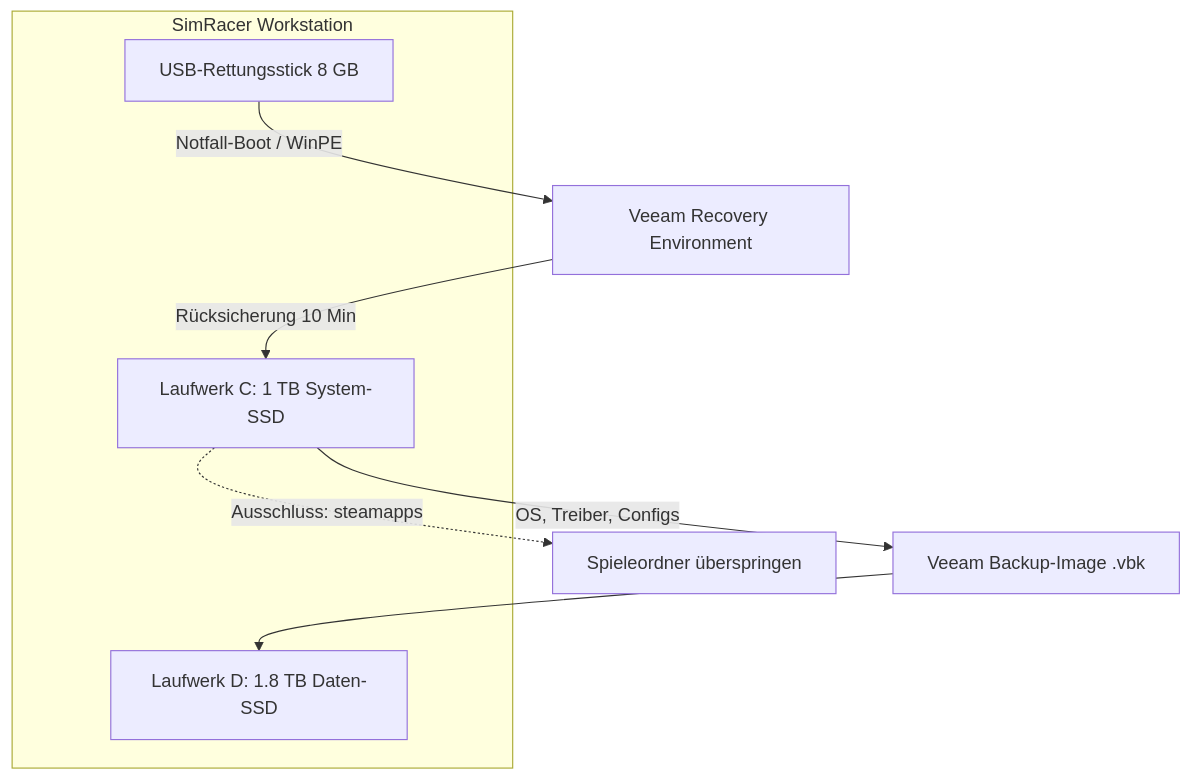
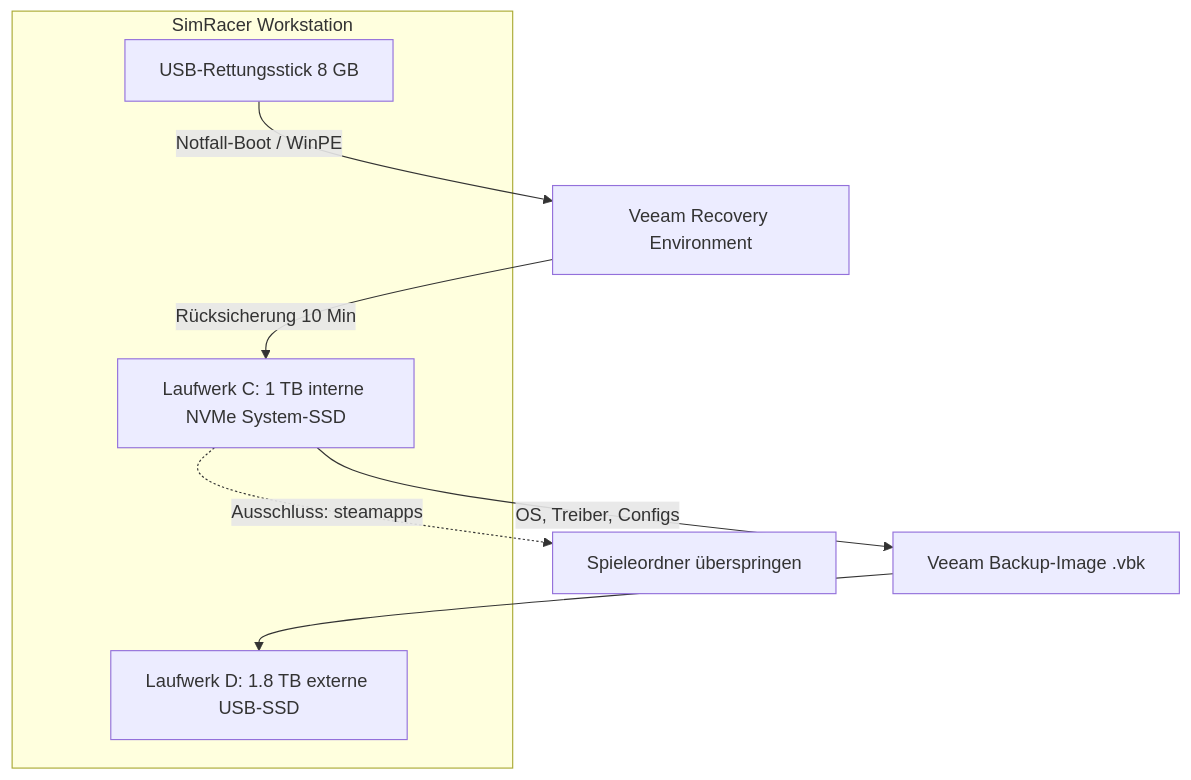
One commit to mestuermer-svg/first changed the diagram in #$_Lernmaterial_to_sort/simracer-system-backup-wiederherstellung-veeam.md. Above: the diagram before and after it, drawn with Mermaid. The commit also changed other lines of this file and 8 other files, not shown here.

````diff
--- a/#$_Lernmaterial_to_sort/simracer-system-backup-wiederherstellung-veeam.md
+++ b/#$_Lernmaterial_to_sort/simracer-system-backup-wiederherstellung-veeam.md
@@ -13,14 +13,14 @@
 ```mermaid
 graph TD
     subgraph SimRacer [SimRacer Workstation]
-        C[Laufwerk C: 1 TB System-SSD]
-        D[Laufwerk D: 1.8 TB Daten-SSD]
+        C[Laufwerk C: 1 TB interne NVMe System-SSD]
+        D[Laufwerk D: 1.8 TB externe USB-SSD]
         USB[USB-Rettungsstick 8 GB]
     end
 
     C -->|OS, Treiber, Configs| VBK[Veeam Backup-Image .vbk]
     C -.->|Ausschluss: steamapps| SKIP[Spieleordner überspringen]
     VBK --> D
     USB -->|Notfall-Boot / WinPE| RESTORE[Veeam Recovery Environment]
     RESTORE -->|Rücksicherung 10 Min| C
 ```
````
